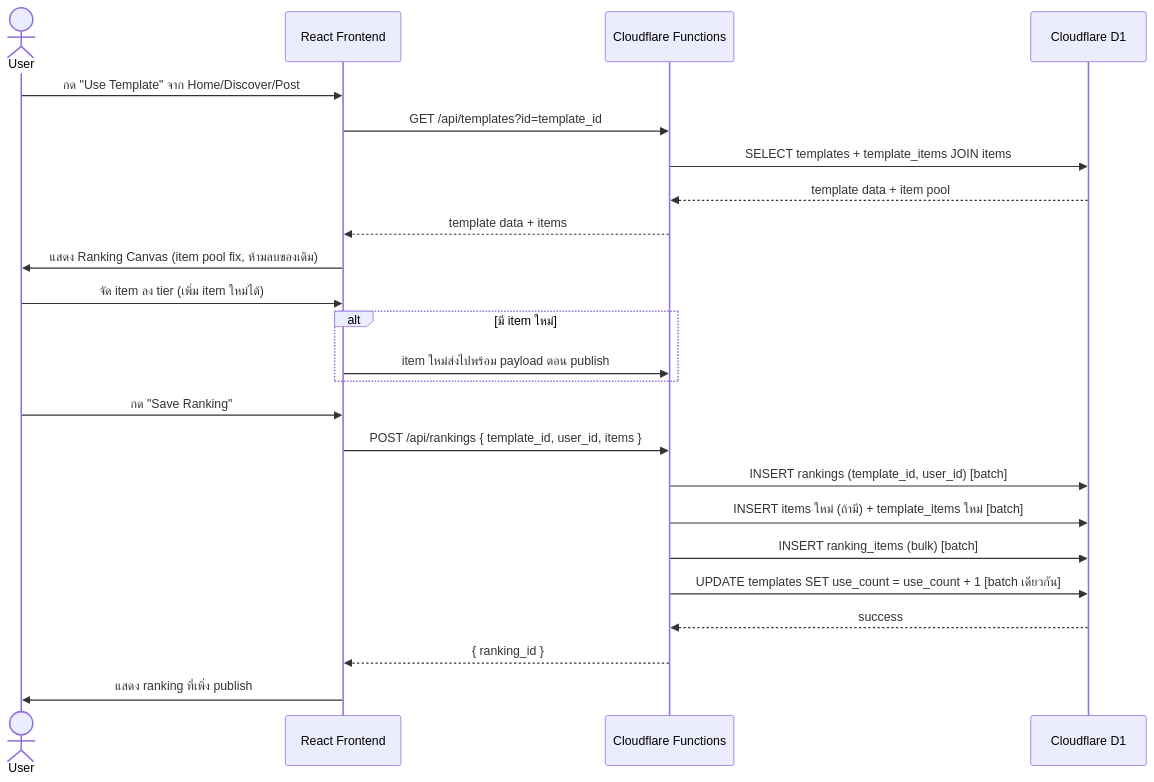
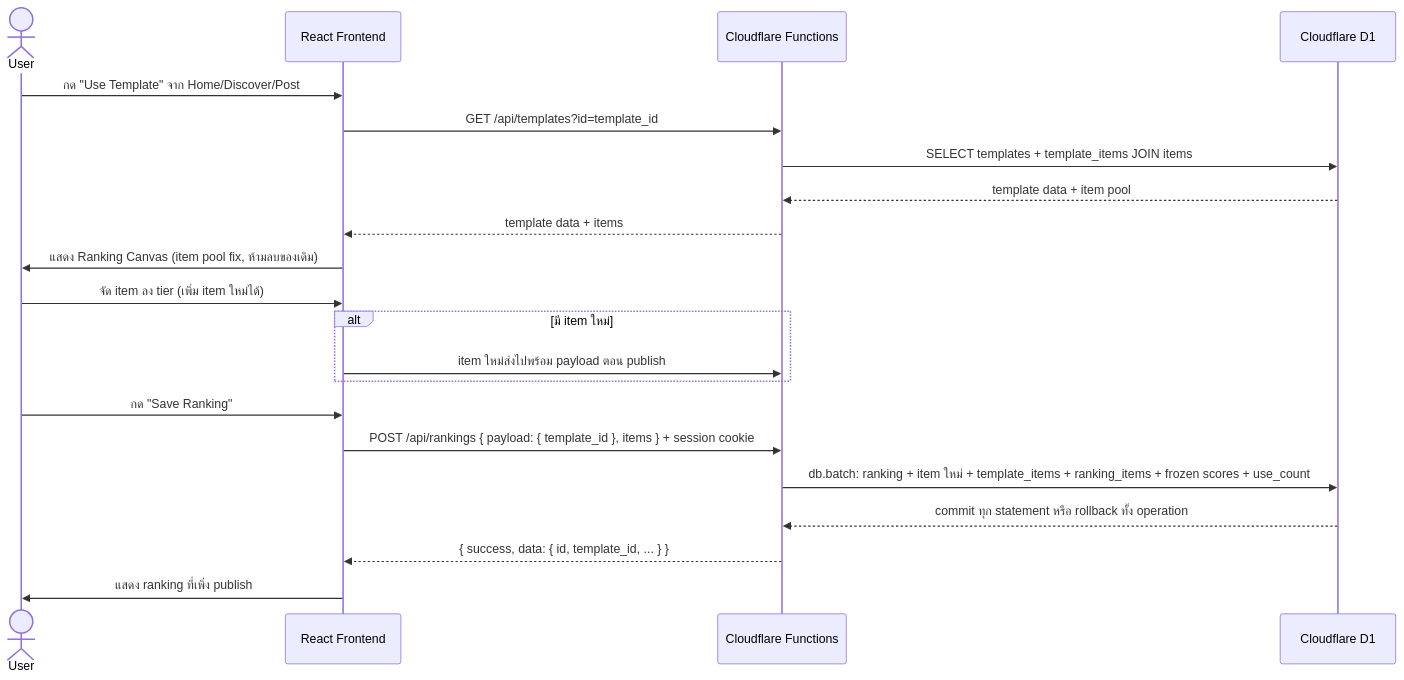
One commit to Altroria-Art/Tear-of-God changed the fourth of 4 diagrams in SDS.md. Above: the diagram before and after it, drawn with Mermaid. The commit also changed other lines of this file and 13 other files, not shown here.

````diff
--- a/SDS.md
+++ b/SDS.md
@@ -400,27 +397,24 @@
 ```mermaid
 sequenceDiagram
     actor U as User
     participant FE as React Frontend
     participant FN as Cloudflare Functions
     participant D1 as Cloudflare D1
 
     U->>FE: กด "Use Template" จาก Home/Discover/Post
     FE->>FN: GET /api/templates?id=template_id
     FN->>D1: SELECT templates + template_items JOIN items
     D1-->>FN: template data + item pool
     FN-->>FE: template data + items
     FE->>U: แสดง Ranking Canvas (item pool fix, ห้ามลบของเดิม)
     U->>FE: จัด item ลง tier (เพิ่ม item ใหม่ได้)
     alt มี item ใหม่
         FE->>FN: item ใหม่ส่งไปพร้อม payload ตอน publish
     end
     U->>FE: กด "Save Ranking"
-    FE->>FN: POST /api/rankings { template_id, user_id, items }
-    FN->>D1: INSERT rankings (template_id, user_id) [batch]
-    FN->>D1: INSERT items ใหม่ (ถ้ามี) + template_items ใหม่ [batch]
-    FN->>D1: INSERT ranking_items (bulk) [batch]
-    FN->>D1: UPDATE templates SET use_count = use_count + 1 [batch เดียวกัน]
-    D1-->>FN: success
-    FN-->>FE: { ranking_id }
+    FE->>FN: POST /api/rankings { payload: { template_id }, items } + session cookie
+    FN->>D1: db.batch: ranking + item ใหม่ + template_items + ranking_items + frozen scores + use_count
+    D1-->>FN: commit ทุก statement หรือ rollback ทั้ง operation
+    FN-->>FE: { success, data: { id, template_id, ... } }
     FE->>U: แสดง ranking ที่เพิ่ง publish
 ```
````
